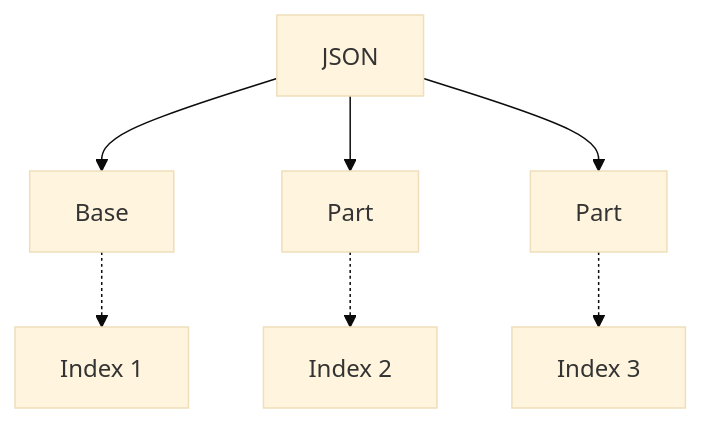
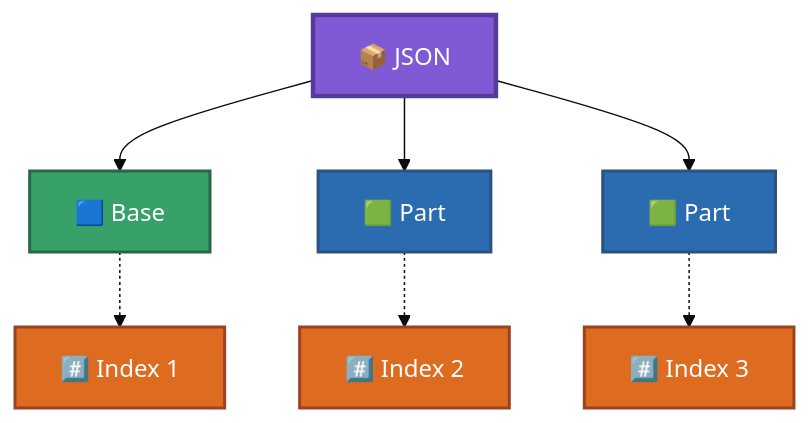
The second of 3 diagrams in format/json-structure.md (JuanCrakYT/RtG-Format), drawn with Mermaid (base theme) before and after one commit. The commit also changed other lines of this file and 5 other files, not shown here.

Commit message:
Mermaid Refresh

````diff
--- a/format/json-structure.md
+++ b/format/json-structure.md
@@ -283,10 +299,21 @@
 ```mermaid
 flowchart TD
-    A["JSON"] --> A1
-    A --> A2
-    A --> A3
 
-    A1["Base"] -.-> B1["Index 1"]
-    A2["Part"] -.-> B2["Index 2"]
-    A3["Part"] -.-> B3["Index 3"]
+    A["📦 JSON"] --> A1["🟦 Base"]
+    A --> A2["🟩 Part"]
+    A --> A3["🟩 Part"]
+
+    A1 -.-> B1["#️⃣ Index 1"]
+    A2 -.-> B2["#️⃣ Index 2"]
+    A3 -.-> B3["#️⃣ Index 3"]
+
+    classDef root fill:#805ad5,color:#fff,stroke:#553c9a,stroke-width:3px;
+    classDef base fill:#38a169,color:#fff,stroke:#276749,stroke-width:2px;
+    classDef part fill:#2b6cb0,color:#fff,stroke:#2c5282,stroke-width:2px;
+    classDef index fill:#dd6b20,color:#fff,stroke:#9c4221,stroke-width:2px;
+
+    class A root;
+    class A1 base;
+    class A2,A3 part;
+    class B1,B2,B3 index;
 ```
````
